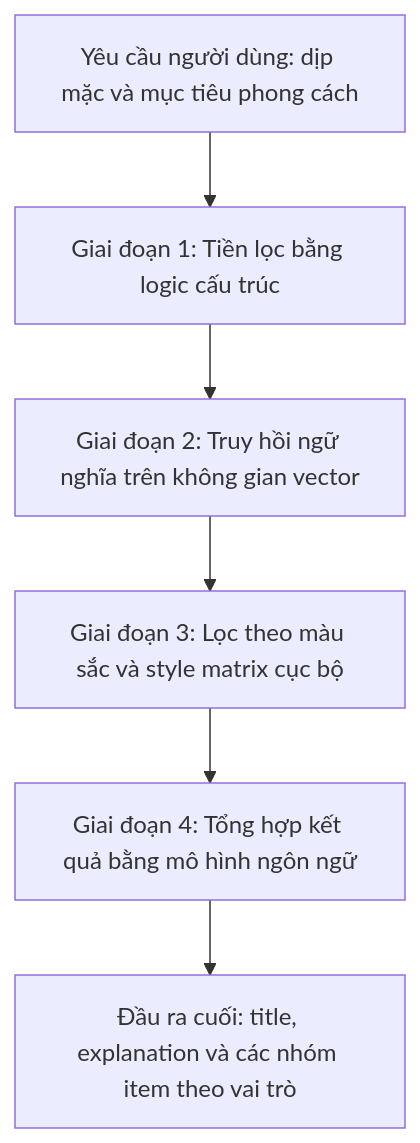
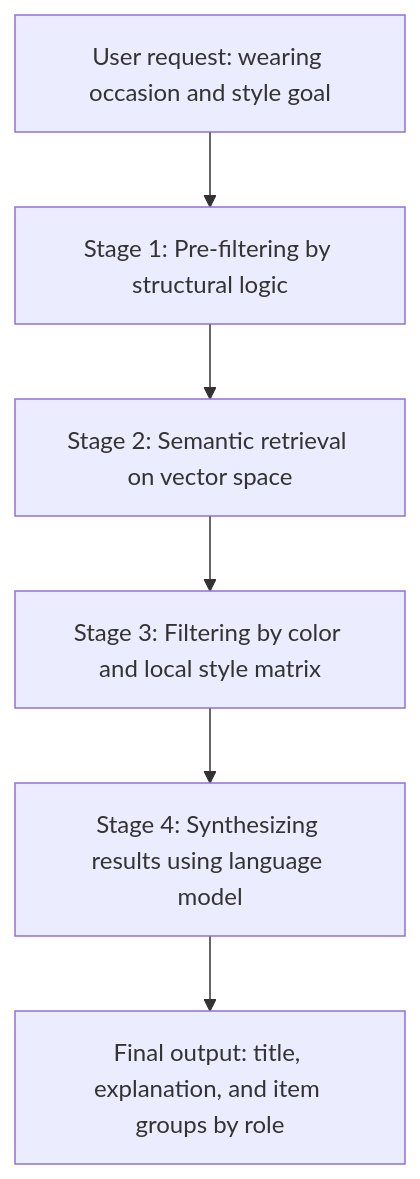
The first of 2 diagrams in docs/system-design/ai-pipeline.md (hycat-team/smart-wardrobe-be), drawn with Mermaid before and after one commit. The commit also changed other lines of this file and 33 other files, not shown here.

````diff
--- a/docs/system-design/ai-pipeline.md
+++ b/docs/system-design/ai-pipeline.md
@@ -37,9 +37,9 @@
 ```mermaid
 graph TD
-    A[Yêu cầu người dùng: dịp mặc và mục tiêu phong cách] --> B[Giai đoạn 1: Tiền lọc bằng logic cấu trúc]
-    B --> C[Giai đoạn 2: Truy hồi ngữ nghĩa trên không gian vector]
-    C --> D[Giai đoạn 3: Lọc theo màu sắc và style matrix cục bộ]
-    D --> E[Giai đoạn 4: Tổng hợp kết quả bằng mô hình ngôn ngữ]
-    E --> F[Đầu ra cuối: title, explanation và các nhóm item theo vai trò]
+    A[User request: wearing occasion and style goal] --> B[Stage 1: Pre-filtering by structural logic]
+    B --> C[Stage 2: Semantic retrieval on vector space]
+    C --> D[Stage 3: Filtering by color and local style matrix]
+    D --> E[Stage 4: Synthesizing results using language model]
+    E --> F[Final output: title, explanation, and item groups by role]
 
 ```
````
